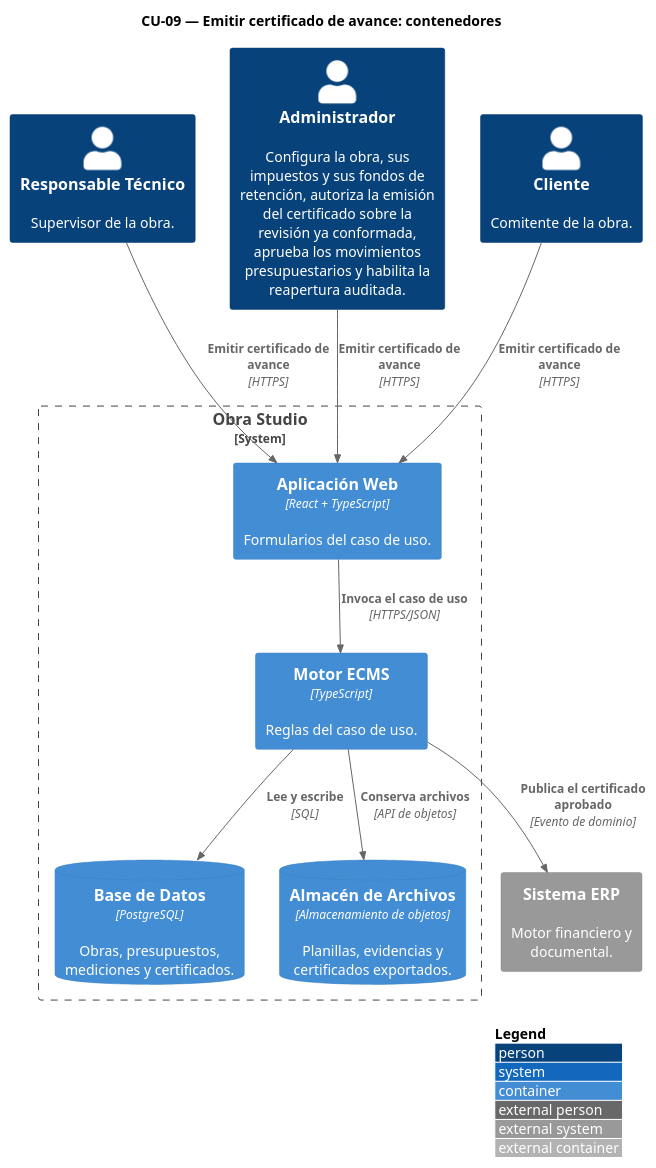
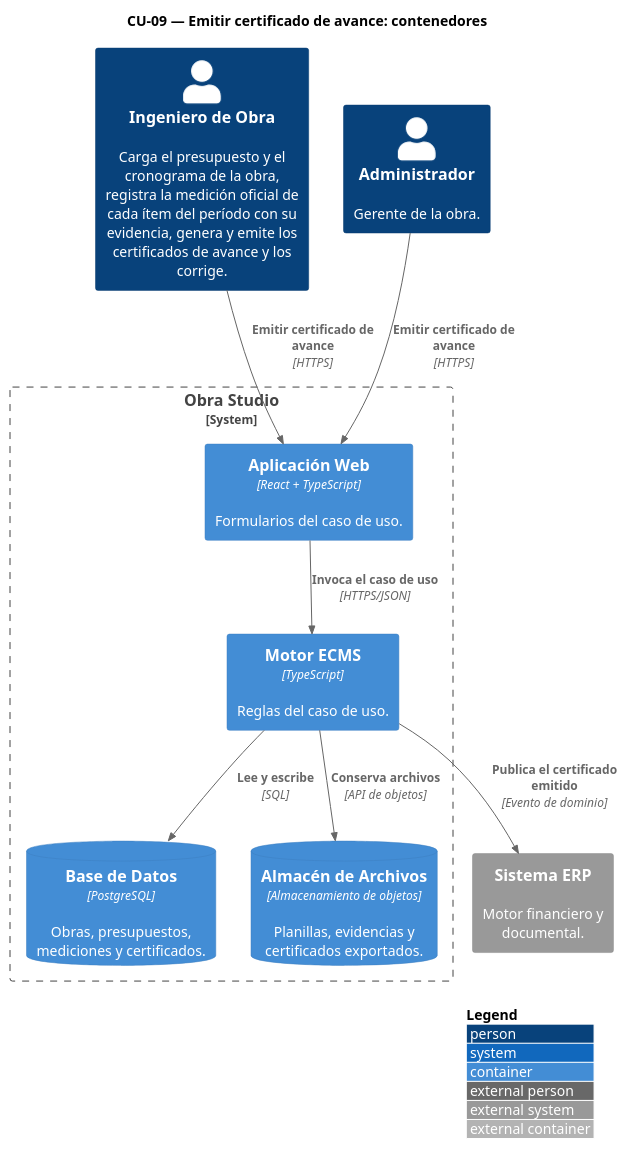
Before and after one commit to Ssrrb/TPF-teoria: the diagram in modelo/c4/C4-CU09-contenedores.puml, drawn with PlantUML. The commit also changed 40 other files, not shown here.

```diff
--- a/modelo/c4/C4-CU09-contenedores.puml
+++ b/modelo/c4/C4-CU09-contenedores.puml
@@ -1,24 +1,22 @@
 @startuml
 !include <C4/C4_Container>
 LAYOUT_WITH_LEGEND()
 title CU-09 — Emitir certificado de avance: contenedores
 
-Person(SUP, "Responsable Técnico", "Supervisor de la obra.")
-Person(ADM, "Administrador", "Configura la obra, sus impuestos y sus fondos de retención, autoriza la emisión del certificado sobre la revisión ya conformada, aprueba los movimientos presupuestarios y habilita la reapertura auditada.")
-Person(CLI, "Cliente", "Comitente de la obra.")
+Person(ING, "Ingeniero de Obra", "Carga el presupuesto y el cronograma de la obra, registra la medición oficial de cada ítem del período con su evidencia, genera y emite los certificados de avance y los corrige.")
+Person(ADM, "Administrador", "Gerente de la obra.")
 System_Boundary(obra, "Obra Studio") {
   Container(web, "Aplicación Web", "React + TypeScript", "Formularios del caso de uso.")
   Container(ecms, "Motor ECMS", "TypeScript", "Reglas del caso de uso.")
   ContainerDb(bd, "Base de Datos", "PostgreSQL", "Obras, presupuestos, mediciones y certificados.")
   ContainerDb(archivos, "Almacén de Archivos", "Almacenamiento de objetos", "Planillas, evidencias y certificados exportados.")
 }
 System_Ext(erp, "Sistema ERP", "Motor financiero y documental.")
 
-Rel(SUP, web, "Emitir certificado de avance", "HTTPS")
+Rel(ING, web, "Emitir certificado de avance", "HTTPS")
 Rel(ADM, web, "Emitir certificado de avance", "HTTPS")
-Rel(CLI, web, "Emitir certificado de avance", "HTTPS")
 Rel(web, ecms, "Invoca el caso de uso", "HTTPS/JSON")
 Rel(ecms, bd, "Lee y escribe", "SQL")
 Rel(ecms, archivos, "Conserva archivos", "API de objetos")
-Rel(ecms, erp, "Publica el certificado aprobado", "Evento de dominio")
+Rel(ecms, erp, "Publica el certificado emitido", "Evento de dominio")
 @enduml
```
